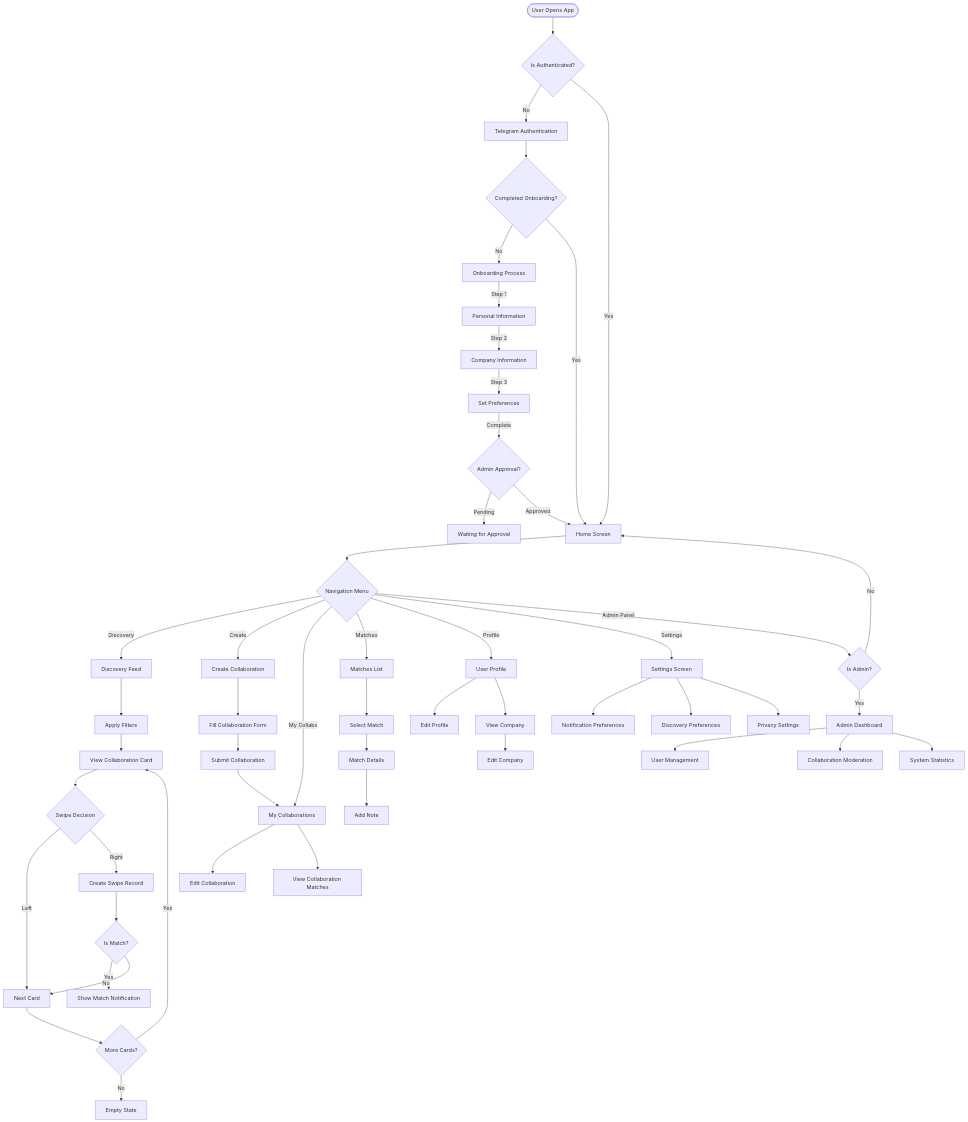
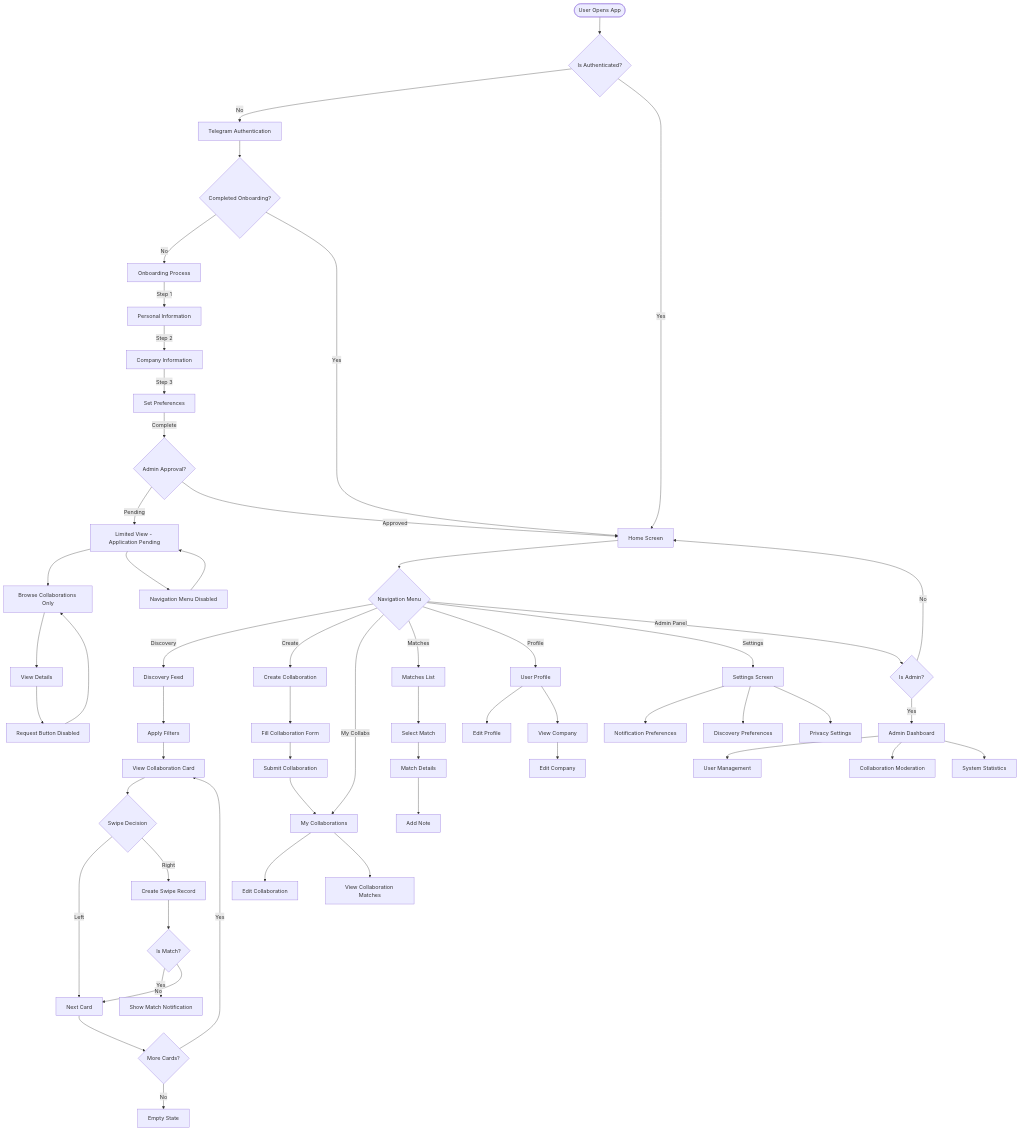
One commit to pcmarts/Collab-Room-Telegram-App changed the diagram in docs/user-flow-diagram.md. Above: the diagram before and after it, drawn with Mermaid. The commit also changed other lines of this file and 10 other files, not shown here.

First line of the commit message:
Enhance user experience with application pending status and navigation preloading

````diff
--- a/docs/user-flow-diagram.md
+++ b/docs/user-flow-diagram.md
@@ -5,71 +5,79 @@
 ```mermaid
 flowchart TD
     Start([User Opens App]) --> Auth{Is Authenticated?}
     
     %% Authentication Flow
     Auth -->|No| TelegramAuth[Telegram Authentication]
     TelegramAuth --> OnboardCheck{Completed Onboarding?}
     Auth -->|Yes| HomeScreen[Home Screen]
     
     %% Onboarding Flow
     OnboardCheck -->|No| Onboarding[Onboarding Process]
     Onboarding -->|Step 1| PersonalInfo[Personal Information]
     PersonalInfo -->|Step 2| CompanyInfo[Company Information]
     CompanyInfo -->|Step 3| Preferences[Set Preferences]
     Preferences -->|Complete| ApprovalCheck{Admin Approval?}
-    ApprovalCheck -->|Pending| WaitingScreen[Waiting for Approval]
+    ApprovalCheck -->|Pending| PendingView[Limited View - Application Pending]
     ApprovalCheck -->|Approved| HomeScreen
     OnboardCheck -->|Yes| HomeScreen
+    
+    %% Pending Application Experience
+    PendingView --> BrowseOnly[Browse Collaborations Only]
+    BrowseOnly --> ViewDetails[View Details]
+    ViewDetails --> DisabledRequest[Request Button Disabled]
+    DisabledRequest --> BrowseOnly
+    PendingView --> DisabledNav[Navigation Menu Disabled]
+    DisabledNav --> PendingView
     
     %% Main Application Flow
     HomeScreen --> NavMenu{Navigation Menu}
     
     %% Discovery Flow
     NavMenu -->|Discovery| DiscoveryFeed[Discovery Feed]
     DiscoveryFeed --> Filters[Apply Filters]
     Filters --> ViewCard[View Collaboration Card]
     ViewCard --> SwipeDecision{Swipe Decision}
     SwipeDecision -->|Left| NextCard[Next Card]
     SwipeDecision -->|Right| CreateSwipe[Create Swipe Record]
     CreateSwipe --> CheckMatch{Is Match?}
     CheckMatch -->|Yes| ShowMatch[Show Match Notification]
     CheckMatch -->|No| NextCard
     NextCard --> MoreCards{More Cards?}
     MoreCards -->|Yes| ViewCard
     MoreCards -->|No| EmptyState[Empty State]
     
     %% Collaboration Management Flow
     NavMenu -->|Create| CreateCollab[Create Collaboration]
     CreateCollab --> CollabForm[Fill Collaboration Form]
     CollabForm --> SubmitCollab[Submit Collaboration]
     SubmitCollab --> MyCollabs[My Collaborations]
     NavMenu -->|My Collabs| MyCollabs
     MyCollabs --> EditCollab[Edit Collaboration]
     MyCollabs --> ViewMatches[View Collaboration Matches]
     
     %% Match Management Flow
     NavMenu -->|Matches| MatchesList[Matches List]
     MatchesList --> SelectMatch[Select Match]
     SelectMatch --> MatchDetails[Match Details]
     MatchDetails --> AddNote[Add Note]
     
     %% Profile Management Flow
     NavMenu -->|Profile| UserProfile[User Profile]
     UserProfile --> EditProfile[Edit Profile]
     UserProfile --> ViewCompany[View Company]
     ViewCompany --> EditCompany[Edit Company]
     
     %% Settings Flow
     NavMenu -->|Settings| Settings[Settings Screen]
     Settings --> NotificationPrefs[Notification Preferences]
     Settings --> DiscoveryPrefs[Discovery Preferences]
     Settings --> Privacy[Privacy Settings]
     
     %% Admin Flow
     NavMenu -->|Admin Panel| AdminCheck{Is Admin?}
     AdminCheck -->|Yes| AdminDashboard[Admin Dashboard]
     AdminDashboard --> UserManagement[User Management]
     AdminDashboard --> CollabModeration[Collaboration Moderation]
     AdminDashboard --> SystemStats[System Statistics]
     AdminCheck -->|No| HomeScreen
 ```
````
